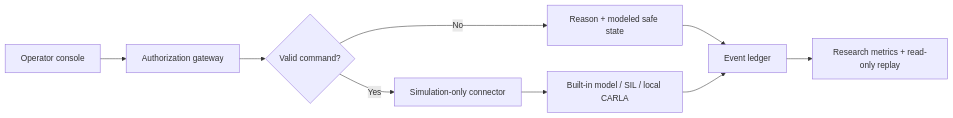
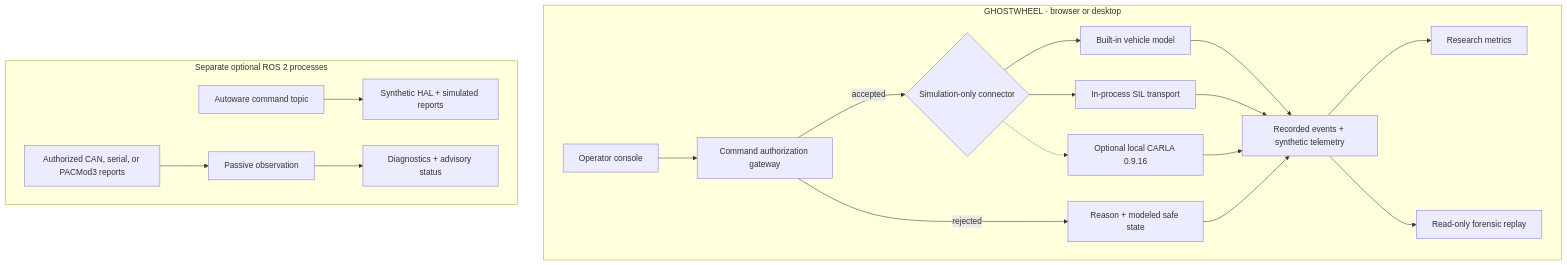
One commit to topherchris420/ghostwheel changed the diagram in README.md. Above: the diagram before and after it, drawn with Mermaid. The commit also changed other lines of this file, not shown here.

Commit message:
docs: reimagine GHOSTWHEEL README as an investigative simulation lab

```diff
--- a/README.md
+++ b/README.md
@@ -134,11 +141,23 @@
 ~~~mermaid
-flowchart LR
-    A["Operator console"] --> B["Authorization gateway"]
-    B --> C{"Valid command?"}
-    C -->|Yes| D["Simulation-only connector"]
-    C -->|No| E["Reason + modeled safe state"]
-    D --> F["Built-in model / SIL / local CARLA"]
-    E --> G["Event ledger"]
-    F --> G
-    G --> H["Research metrics + read-only replay"]
+flowchart TB
+  subgraph APP["GHOSTWHEEL · browser or desktop"]
+    UI["Operator console"] --> GW["Command authorization gateway"]
+    GW -->|"accepted"| ROUTE{"Simulation-only connector"}
+    GW -->|"rejected"| SAFE["Reason + modeled safe state"]
+    ROUTE --> BUILTIN["Built-in vehicle model"]
+    ROUTE --> SIL["In-process SIL transport"]
+    ROUTE -.-> CARLA["Optional local CARLA 0.9.16"]
+    BUILTIN --> LEDGER["Recorded events + synthetic telemetry"]
+    SIL --> LEDGER
+    CARLA --> LEDGER
+    SAFE --> LEDGER
+    LEDGER --> LAB["Research metrics"]
+    LEDGER --> REPLAY["Read-only forensic replay"]
+  end
+
+  subgraph ROS["Separate optional ROS 2 processes"]
+    AUTOWARE["Autoware command topic"] --> SIMHAL["Synthetic HAL + simulated reports"]
+    REPORTS["Authorized CAN, serial, or PACMod3 reports"] --> OBS["Passive observation"]
+    OBS --> ADVISORY["Diagnostics + advisory status"]
+  end
 ~~~
```
